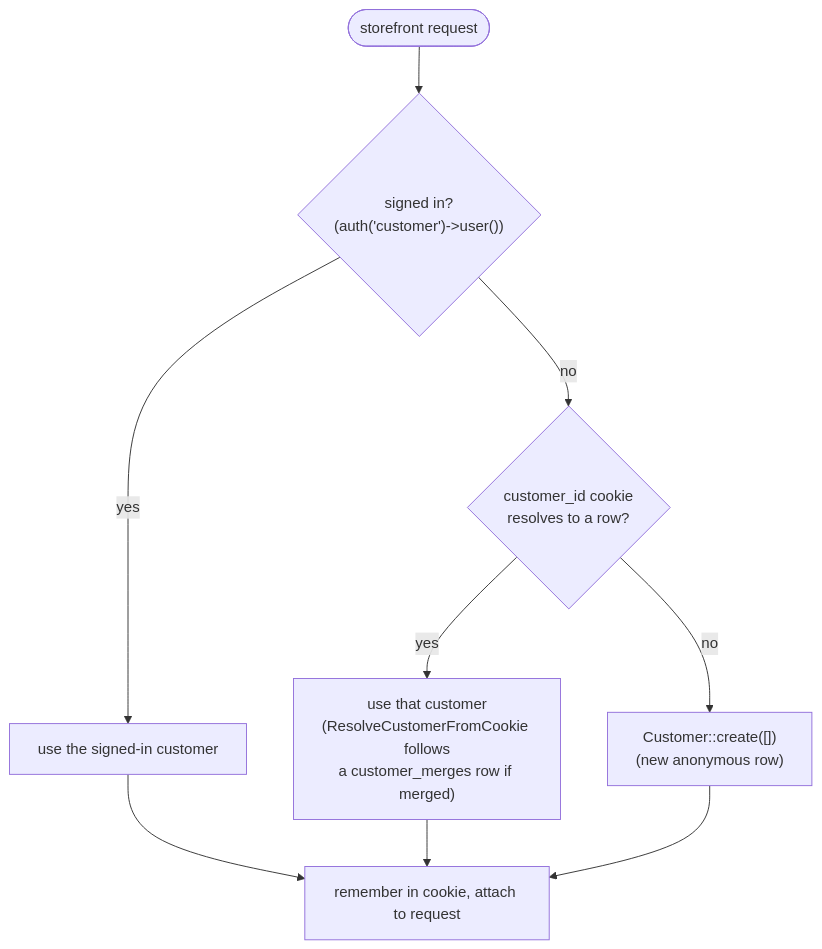
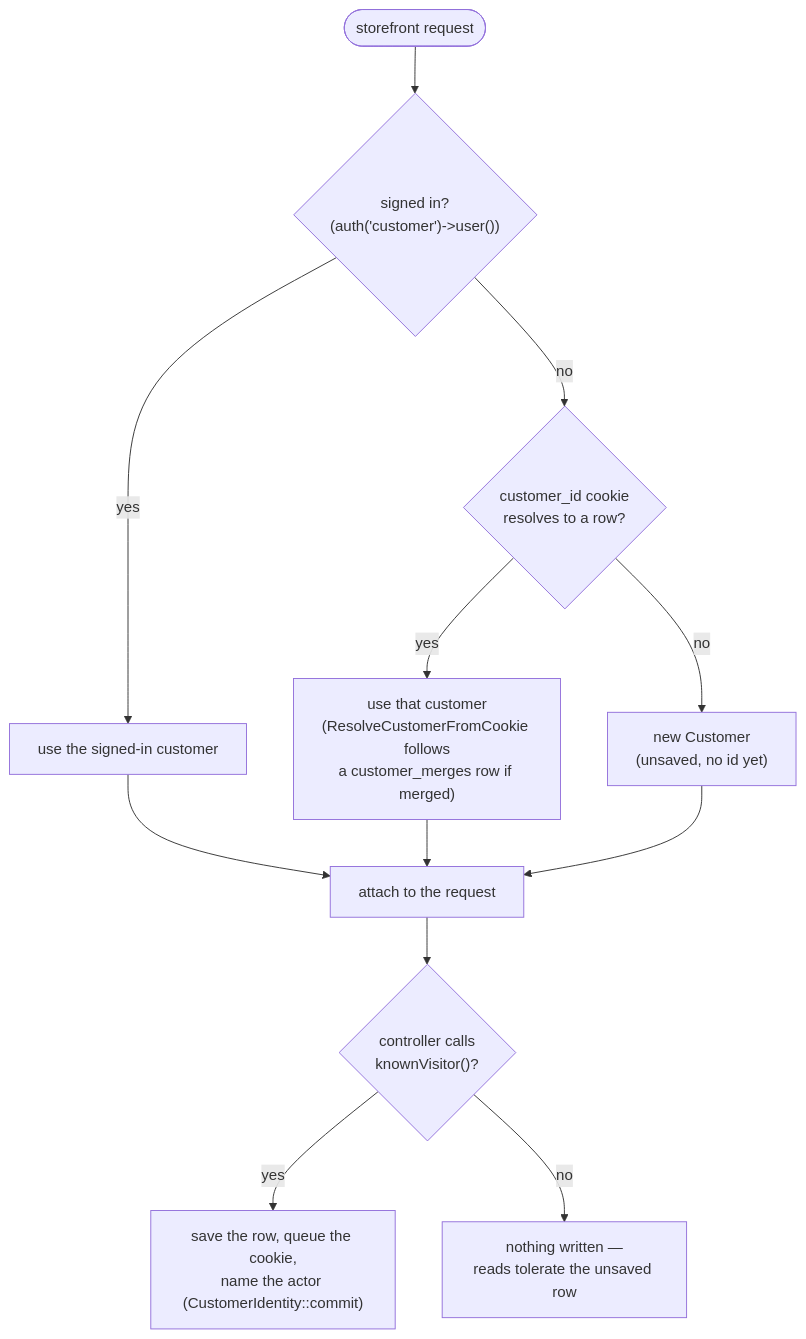
Before and after one commit to jonathan-beebe/art-store: the fourth of 4 diagrams in app/docs/identity.md, drawn with Mermaid. The commit also changed other lines of this file and 41 other files, not shown here.

````diff
--- a/app/docs/identity.md
+++ b/app/docs/identity.md
@@ -208,11 +211,14 @@
 ```mermaid
 flowchart TD
     start(["storefront request"]) --> guard{"signed in?\n(auth('customer')->user())"}
     guard -- yes --> useGuard["use the signed-in customer"]
     guard -- no --> cookie{"customer_id cookie\nresolves to a row?"}
     cookie -- yes --> useCookie["use that customer\n(ResolveCustomerFromCookie follows\na customer_merges row if merged)"]
-    cookie -- no --> create["Customer::create([])\n(new anonymous row)"]
-    useGuard --> remember["remember in cookie, attach to request"]
-    useCookie --> remember
-    create --> remember
+    cookie -- no --> unsaved["new Customer\n(unsaved, no id yet)"]
+    useGuard --> attach["attach to the request"]
+    useCookie --> attach
+    unsaved --> attach
+    attach --> writes{"controller calls\nknownVisitor()?"}
+    writes -- yes --> commit["save the row, queue the cookie,\nname the actor (CustomerIdentity::commit)"]
+    writes -- no --> nothing["nothing written —\nreads tolerate the unsaved row"]
 ```
````
